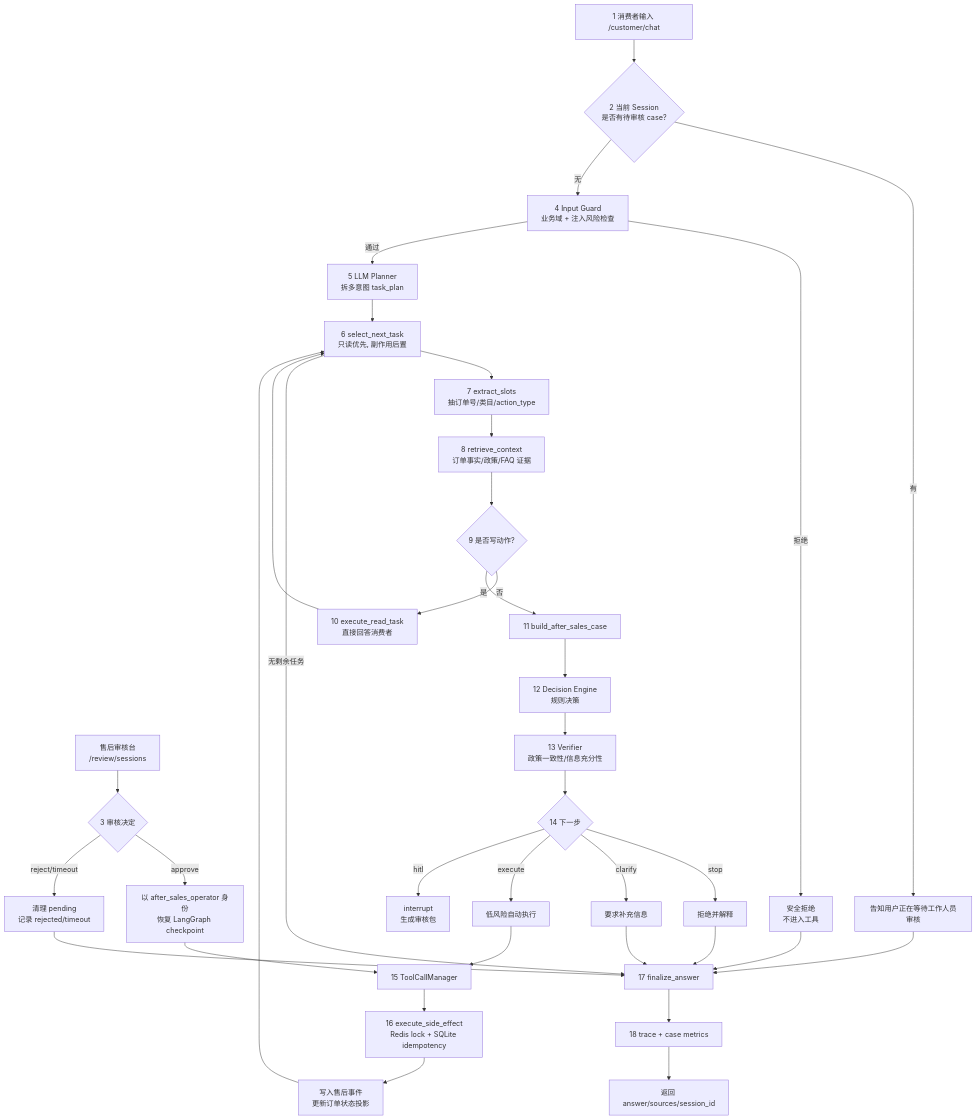
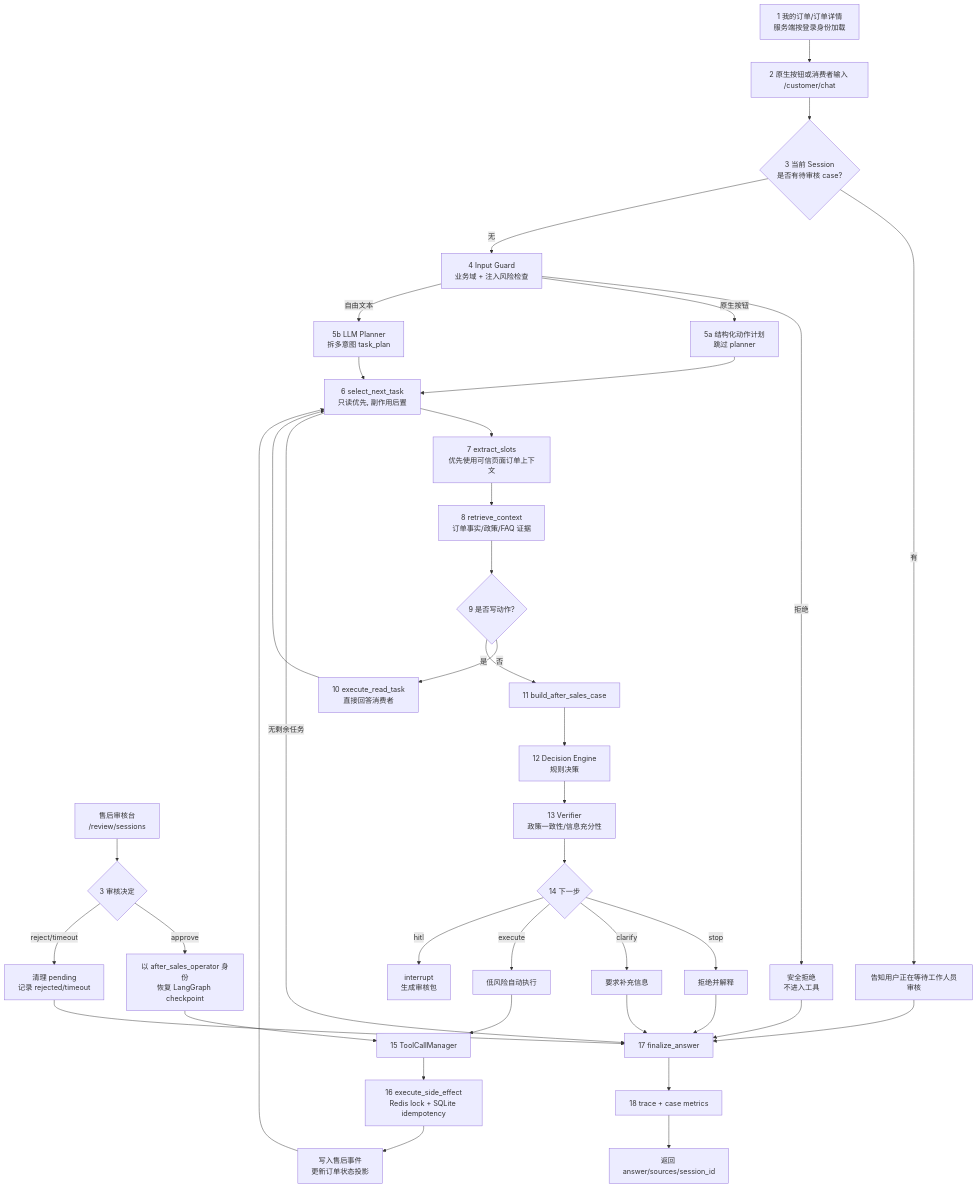
Before and after one commit to bigfish-emily/commerce-support-agent: the first of 6 diagrams in docs/ARCHITECTURE_DIAGRAMS.md, drawn with Mermaid. The commit also changed other lines of this file and 14 other files, not shown here.

Commit message:
productize customer order assistant flow

````diff
--- a/docs/ARCHITECTURE_DIAGRAMS.md
+++ b/docs/ARCHITECTURE_DIAGRAMS.md
@@ -9,38 +9,41 @@
 ```mermaid
 flowchart TD
-    A[1 消费者输入 /customer/chat] --> B{2 当前 Session<br/>是否有待审核 case?}
+    Orders[1 我的订单/订单详情<br/>服务端按登录身份加载] --> A[2 原生按钮或消费者输入 /customer/chat]
+    A --> B{3 当前 Session<br/>是否有待审核 case?}
     Staff[售后审核台<br/>/review/sessions] --> C{3 审核决定}
     B -- 有 --> F[告知用户正在等待工作人员审核]
     C -- approve --> D[以 after_sales_operator 身份<br/>恢复 LangGraph checkpoint]
     C -- reject/timeout --> E[清理 pending<br/>记录 rejected/timeout]
     B -- 无 --> G[4 Input Guard<br/>业务域 + 注入风险检查]
     G -- 拒绝 --> H[安全拒绝<br/>不进入工具]
-    G -- 通过 --> I[5 LLM Planner<br/>拆多意图 task_plan]
+    G -- 原生按钮 --> I[5a 结构化动作计划<br/>跳过 planner]
+    G -- 自由文本 --> I2[5b LLM Planner<br/>拆多意图 task_plan]
     I --> J[6 select_next_task<br/>只读优先, 副作用后置]
-    J --> K[7 extract_slots<br/>抽订单号/类目/action_type]
+    I2 --> J
+    J --> K[7 extract_slots<br/>优先使用可信页面订单上下文]
     K --> L[8 retrieve_context<br/>订单事实/政策/FAQ 证据]
     L --> M{9 是否写动作?}
     M -- 否 --> N[10 execute_read_task<br/>直接回答消费者]
     N --> J
     M -- 是 --> O[11 build_after_sales_case]
     O --> P[12 Decision Engine<br/>规则决策]
     P --> Q[13 Verifier<br/>政策一致性/信息充分性]
     Q --> R{14 下一步}
     R -- stop --> S[拒绝并解释]
     R -- clarify --> T[要求补充信息]
     R -- execute --> U[低风险自动执行]
     R -- hitl --> V[interrupt<br/>生成审核包]
     U --> W[15 ToolCallManager]
     D --> W
     W --> Y[16 execute_side_effect<br/>Redis lock + SQLite idempotency]
     S --> Z[17 finalize_answer]
     T --> Z
     E --> Z
     F --> Z
     H --> Z
     Y --> Projection[写入售后事件<br/>更新订单状态投影]
     Projection --> J
     J -- 无剩余任务 --> Z
     Z --> AA[18 trace + case metrics]
     AA --> AB[返回 answer/sources/session_id]
 ```
````
